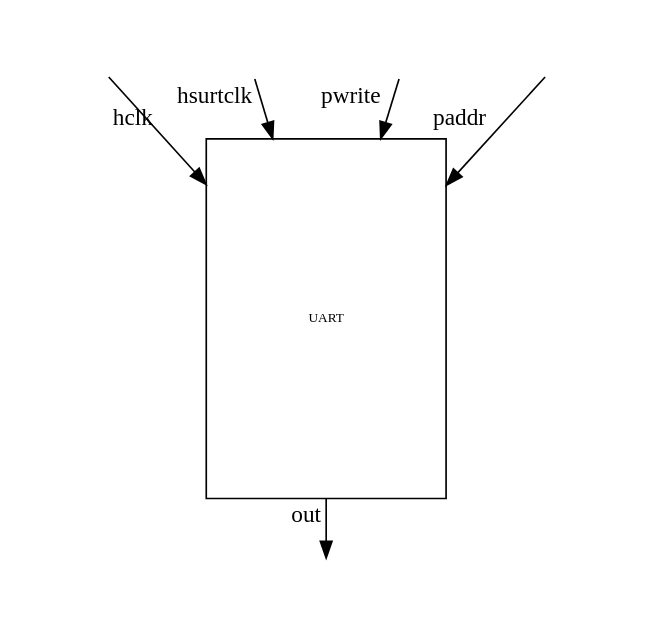
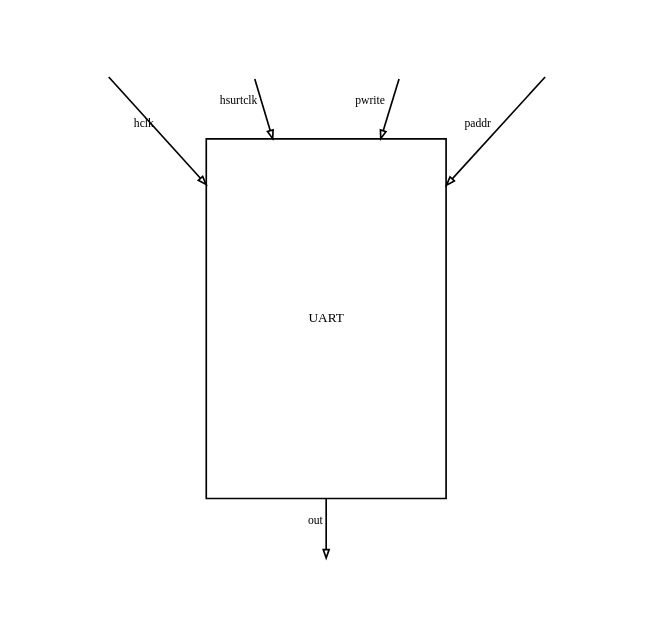
Before and after one commit to arunenigma/CSV_to_Block_Diagram_Generator: the diagram in block.dot, drawn with Graphviz. The commit also changed 7 other files, not shown here.

```diff
--- a/block.dot
+++ b/block.dot
@@ -1,14 +1,14 @@
 // UART
 digraph {
 	main [label=UART fixedsize=true width=2 shape=box fontsize=8 height=3]
 	0 [label=secret style=invis]
-		0 -> main [xlabel=hclk constraint=true]
+		0 -> main [fontsize=7 arrowsize=0.5 arrowhead=empty xlabel=hclk constraint=true]
 	1 [label=secret style=invis]
-		1 -> main [xlabel=hsurtclk constraint=true]
+		1 -> main [fontsize=7 arrowsize=0.5 arrowhead=empty xlabel=hsurtclk constraint=true]
 	2 [label=secret style=invis]
-		2 -> main [xlabel=pwrite constraint=true]
+		2 -> main [fontsize=7 arrowsize=0.5 arrowhead=empty xlabel=pwrite constraint=true]
 	3 [label=secret style=invis]
-		3 -> main [xlabel=paddr constraint=true]
+		3 -> main [fontsize=7 arrowsize=0.5 arrowhead=empty xlabel=paddr constraint=true]
 	4 [label=secret style=invis]
-		main -> 4 [xlabel=out constraint=true]
+		main -> 4 [fontsize=7 arrowsize=0.5 arrowhead=empty xlabel=out constraint=true]
 }
```
